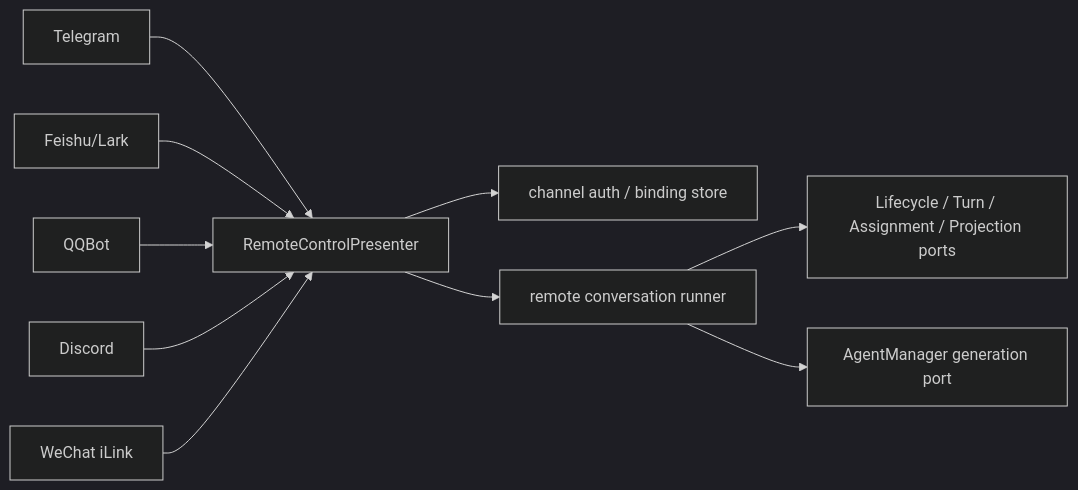
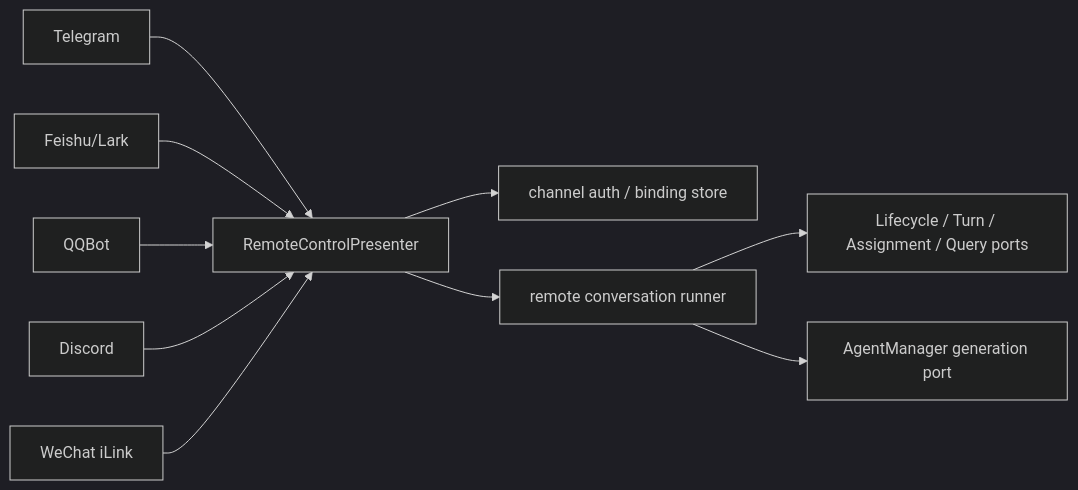
Before and after one commit to ThinkInAIXYZ/deepchat: the ninth of 9 diagrams in docs/FLOWS.md, drawn with Mermaid (dark theme). The commit also changed other lines of this file and 42 other files, not shown here.

````diff
--- a/docs/FLOWS.md
+++ b/docs/FLOWS.md
@@ -258,12 +258,12 @@
 ```mermaid
 flowchart LR
     Telegram["Telegram"] --> Remote["RemoteControlPresenter"]
     Feishu["Feishu/Lark"] --> Remote
     QQ["QQBot"] --> Remote
     Discord["Discord"] --> Remote
     WeChat["WeChat iLink"] --> Remote
     Remote --> Auth["channel auth / binding store"]
     Remote --> Runner["remote conversation runner"]
-    Runner --> Ports["Lifecycle / Turn / Assignment / Projection ports"]
+    Runner --> Ports["Lifecycle / Turn / Assignment / Query ports"]
     Runner --> Generation["AgentManager generation port"]
 ```
````
